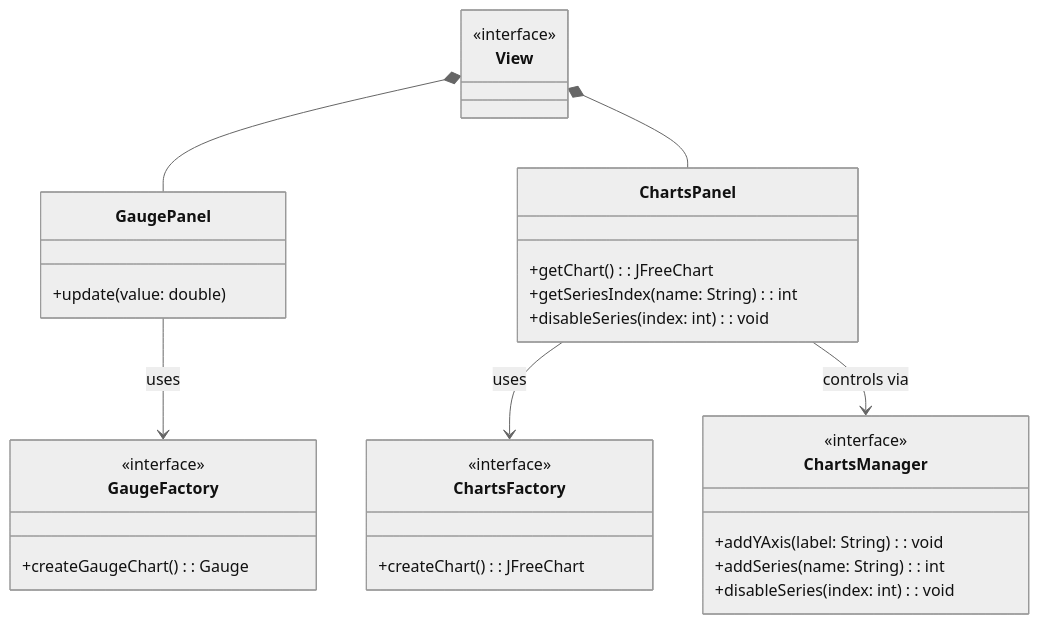
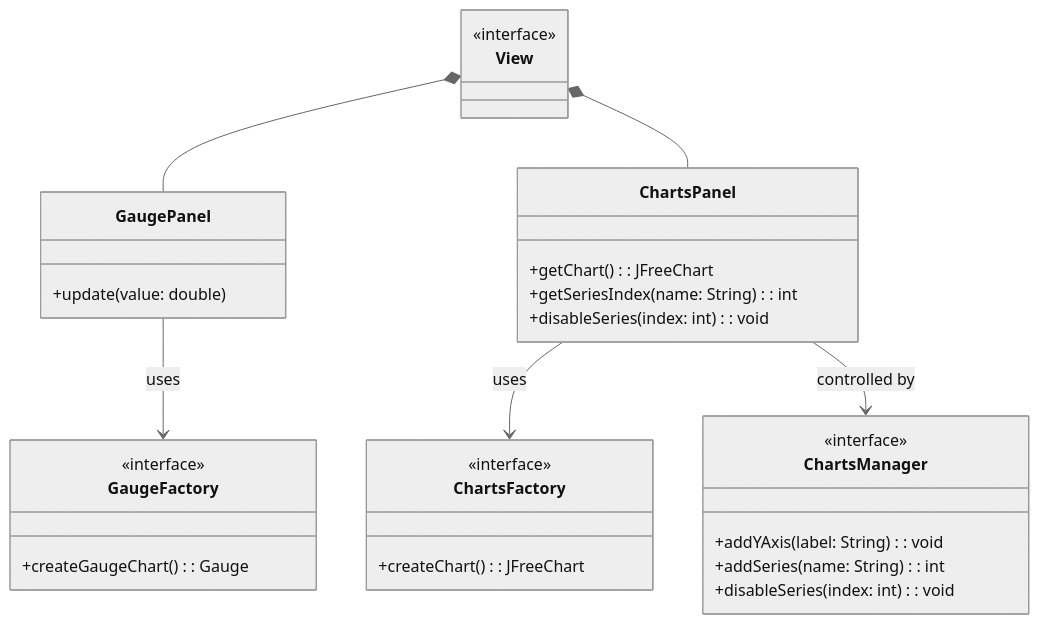
Before and after one commit to unibo-oop-projects/OOP24-Alessandro-CristoferNapolitano-SolarEgg-TodeschiMatteo-java-dyno: the ninth of 10 diagrams in report.md, drawn with Mermaid (neutral theme). The commit also changed other lines of this file, not shown here.

````diff
--- a/report.md
+++ b/report.md
@@ -495,38 +495,38 @@
 ```mermaid
 classDiagram
     class View {
         <<interface>>
     }
     class GaugePanel {
         +update(value: double)
     }
 
     class GaugeFactory {
         <<interface>>
         +createGaugeChart(): Gauge
     }
     class ChartsPanel {
         +getChart(): JFreeChart
         +getSeriesIndex(name: String): int
         +disableSeries(index: int): void
     }
 
     class ChartsFactory {
         <<interface>>
         +createChart(): JFreeChart
     }
 
     class ChartsManager {
         <<interface>>
         +addYAxis(label: String): void
         +addSeries(name: String): int
         +disableSeries(index: int): void
     }
 
     GaugePanel --> GaugeFactory : uses
     ChartsPanel --> ChartsFactory : uses
-    ChartsPanel --> ChartsManager : controls via
+    ChartsPanel --> ChartsManager : controlled by
     View *-- GaugePanel
     View *-- ChartsPanel
 
 ```
````
